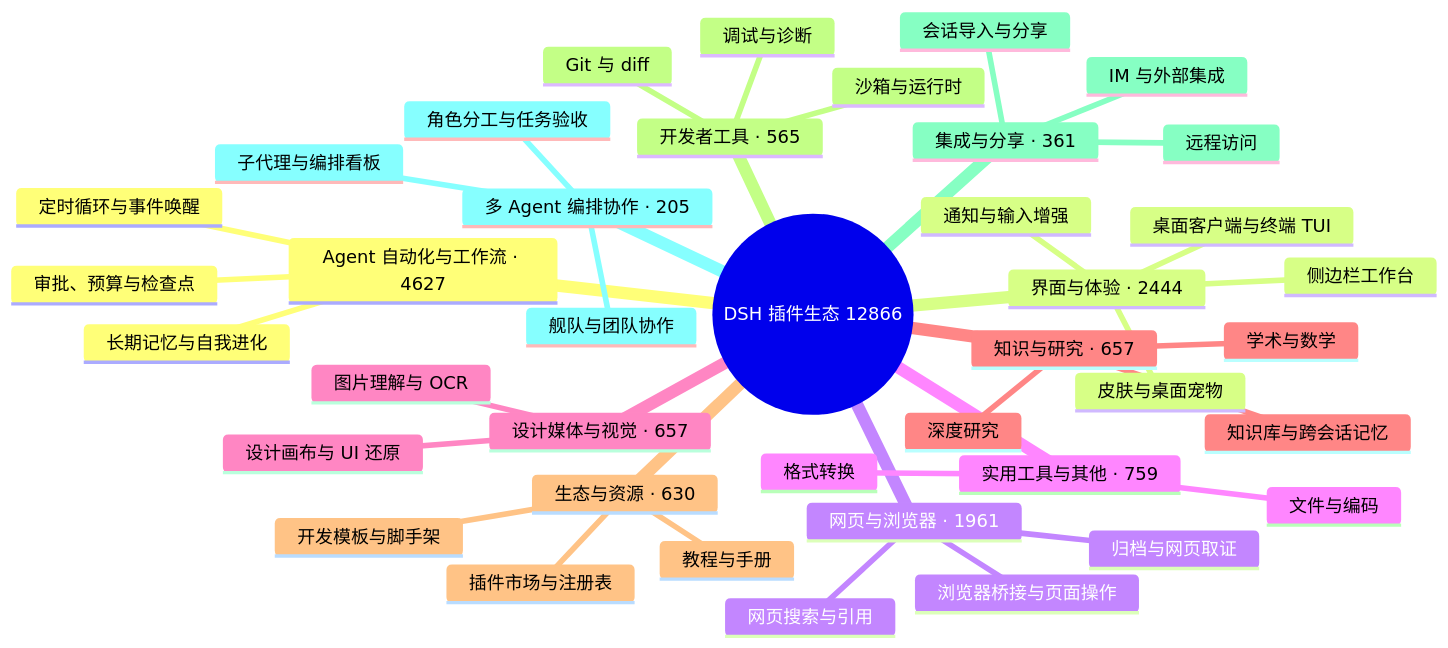
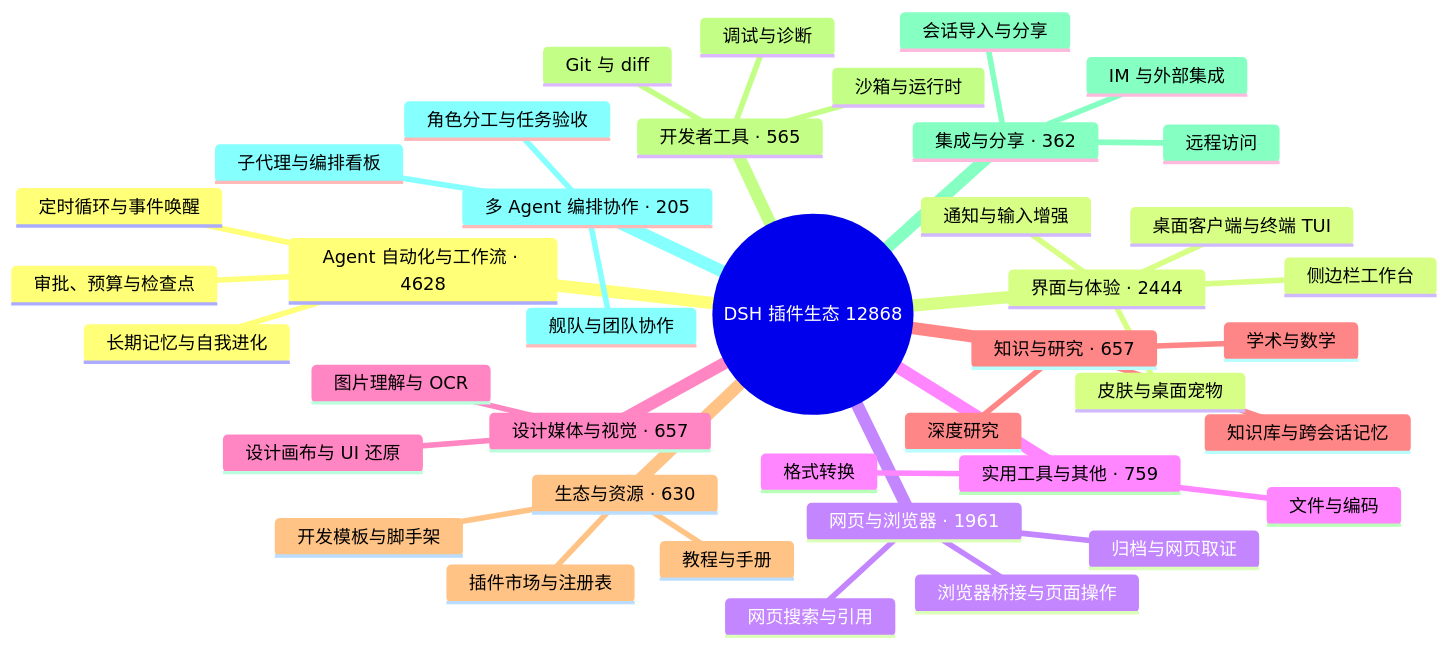
Before and after one commit to BOWLUNA/awesome-dsh-plugin: the diagram in README.md, drawn with Mermaid. The commit also changed other lines of this file and 7 other files, not shown here.

````diff
--- a/README.md
+++ b/README.md
@@ -33,43 +33,43 @@
 ```mermaid
 mindmap
-  root((DSH 插件生态 12866))
-    Agent 自动化与工作流 · 4627
+  root((DSH 插件生态 12868))
+    Agent 自动化与工作流 · 4628
       定时循环与事件唤醒
       长期记忆与自我进化
       审批、预算与检查点
     界面与体验 · 2444
       桌面客户端与终端 TUI
       侧边栏工作台
       皮肤与桌面宠物
       通知与输入增强
     网页与浏览器 · 1961
       浏览器桥接与页面操作
       网页搜索与引用
       归档与网页取证
     实用工具与其他 · 759
       文件与编码
       格式转换
     设计媒体与视觉 · 657
       图片理解与 OCR
       设计画布与 UI 还原
     知识与研究 · 657
       知识库与跨会话记忆
       深度研究
       学术与数学
     生态与资源 · 630
       插件市场与注册表
       开发模板与脚手架
       教程与手册
     开发者工具 · 565
       Git 与 diff
       沙箱与运行时
       调试与诊断
-    集成与分享 · 361
+    集成与分享 · 362
       会话导入与分享
       远程访问
       IM 与外部集成
     多 Agent 编排协作 · 205
       子代理与编排看板
       舰队与团队协作
       角色分工与任务验收
 ```
````
